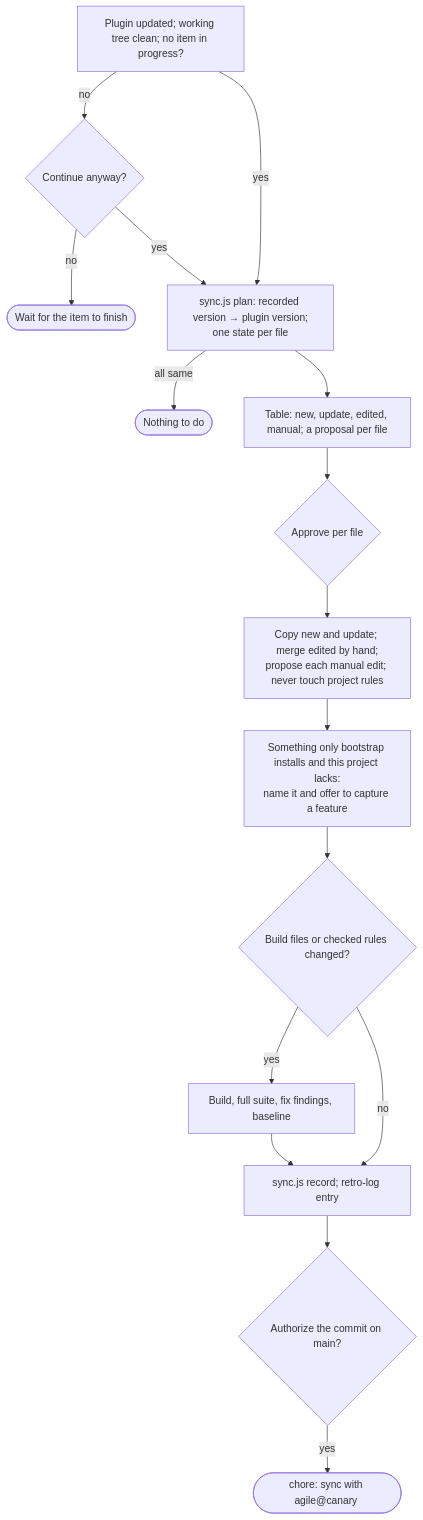
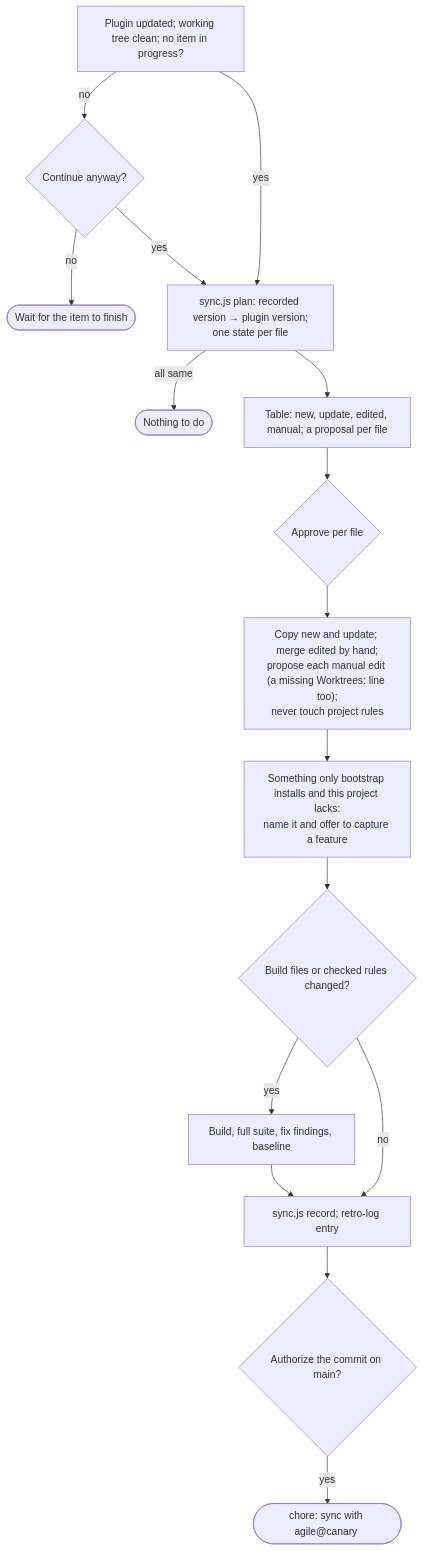
Diagram 16 of 18 in docs/agile/workflow.md (alexcanario/simulab), drawn with Mermaid before and after one commit. The commit also changed other lines of this file and 7 other files, not shown here.

````diff
--- a/docs/agile/workflow.md
+++ b/docs/agile/workflow.md
@@ -1375,18 +1408,18 @@
 ```mermaid
 flowchart TD
     A["Plugin updated; working tree clean; no item in progress?"] -->|no| A1{"Continue anyway?"}
     A1 -->|no| A2(["Wait for the item to finish"])
     A -->|yes| B["sync.js plan: recorded version → plugin version;<br/>one state per file"]
     A1 -->|yes| B
     B -->|all same| B1(["Nothing to do"])
     B --> C["Table: new, update, edited, manual; a proposal per file"]
     C --> D{"Approve per file"}
-    D --> E["Copy new and update; merge edited by hand;<br/>propose each manual edit; never touch project rules"]
+    D --> E["Copy new and update; merge edited by hand;<br/>propose each manual edit (a missing Worktrees: line too);<br/>never touch project rules"]
     E --> E2["Something only bootstrap installs and this project lacks:<br/>name it and offer to capture a feature"]
     E2 --> F{"Build files or checked rules changed?"}
     F -->|yes| G["Build, full suite, fix findings, baseline"]
     F -->|no| H
     G --> H["sync.js record; retro-log entry"]
     H --> I{"Authorize the commit on main?"}
     I -->|yes| J(["chore: sync with agile@canary <version>"])
 ```
````
